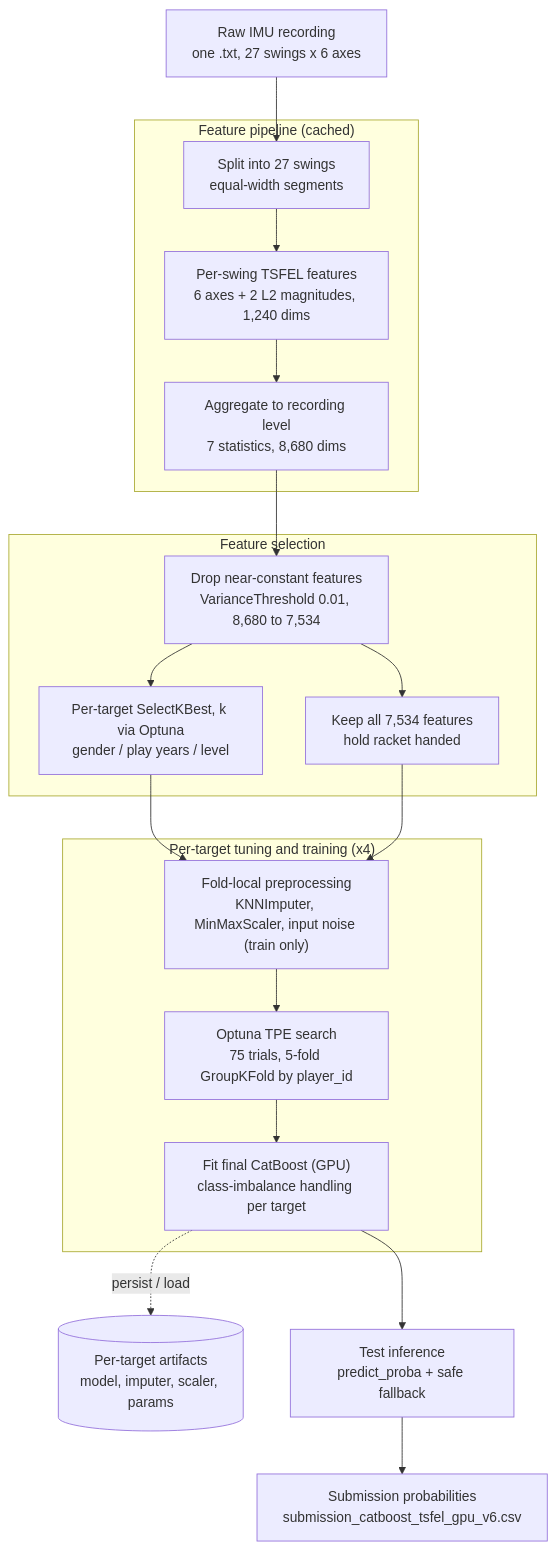
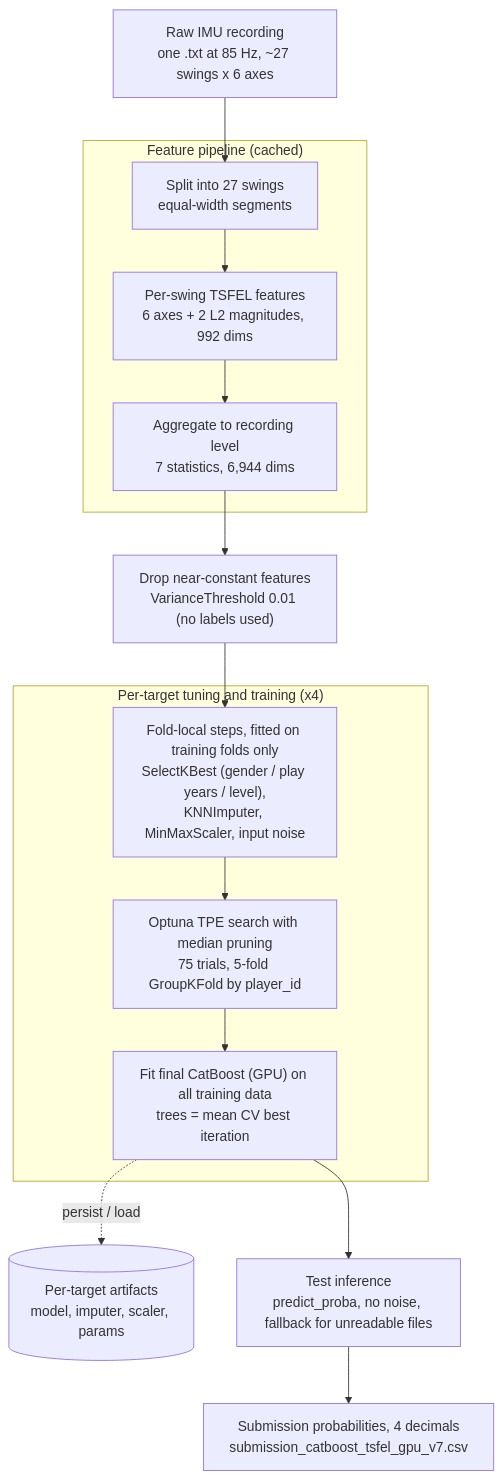
The diagram in README.md (Guancheng1206/aicup2025Spring_Tabletennis), drawn with Mermaid before and after one commit. The commit also changed other lines of this file and 3 other files, not shown here.

````diff
--- a/README.md
+++ b/README.md
@@ -41,34 +46,26 @@
 ```mermaid
 flowchart TD
-    RAW["Raw IMU recording<br/>one .txt, 27 swings x 6 axes"]
+    RAW["Raw IMU recording<br/>one .txt at 85 Hz, ~27 swings x 6 axes"]
 
     subgraph FEAT["Feature pipeline (cached)"]
         SEG["Split into 27 swings<br/>equal-width segments"]
-        TS["Per-swing TSFEL features<br/>6 axes + 2 L2 magnitudes, 1,240 dims"]
-        AGG["Aggregate to recording level<br/>7 statistics, 8,680 dims"]
+        TS["Per-swing TSFEL features<br/>6 axes + 2 L2 magnitudes, 992 dims"]
+        AGG["Aggregate to recording level<br/>7 statistics, 6,944 dims"]
         SEG --> TS --> AGG
     end
 
-    subgraph SELF["Feature selection"]
-        VT["Drop near-constant features<br/>VarianceThreshold 0.01, 8,680 to 7,534"]
-        KB["Per-target SelectKBest, k via Optuna<br/>gender / play years / level"]
-        KEEP["Keep all 7,534 features<br/>hold racket handed"]
-        VT --> KB
-        VT --> KEEP
-    end
+    VT["Drop near-constant features<br/>VarianceThreshold 0.01 (no labels used)"]
 
     subgraph TRAIN["Per-target tuning and training (x4)"]
-        PRE["Fold-local preprocessing<br/>KNNImputer, MinMaxScaler, input noise (train only)"]
-        OPT["Optuna TPE search<br/>75 trials, 5-fold GroupKFold by player_id"]
-        FIT["Fit final CatBoost (GPU)<br/>class-imbalance handling per target"]
+        PRE["Fold-local steps, fitted on training folds only<br/>SelectKBest (gender / play years / level),<br/>KNNImputer, MinMaxScaler, input noise"]
+        OPT["Optuna TPE search with median pruning<br/>75 trials, 5-fold GroupKFold by player_id"]
+        FIT["Fit final CatBoost (GPU) on all training data<br/>trees = mean CV best iteration"]
         PRE --> OPT --> FIT
     end
 
     RAW --> SEG
-    AGG --> VT
-    KB --> PRE
-    KEEP --> PRE
+    AGG --> VT --> PRE
     FIT -. persist / load .-> ART[("Per-target artifacts<br/>model, imputer, scaler, params")]
-    FIT --> INF["Test inference<br/>predict_proba + safe fallback"]
-    INF --> SUB["Submission probabilities<br/>submission_catboost_tsfel_gpu_v6.csv"]
+    FIT --> INF["Test inference<br/>predict_proba, no noise, fallback for unreadable files"]
+    INF --> SUB["Submission probabilities, 4 decimals<br/>submission_catboost_tsfel_gpu_v7.csv"]
 ```
````
